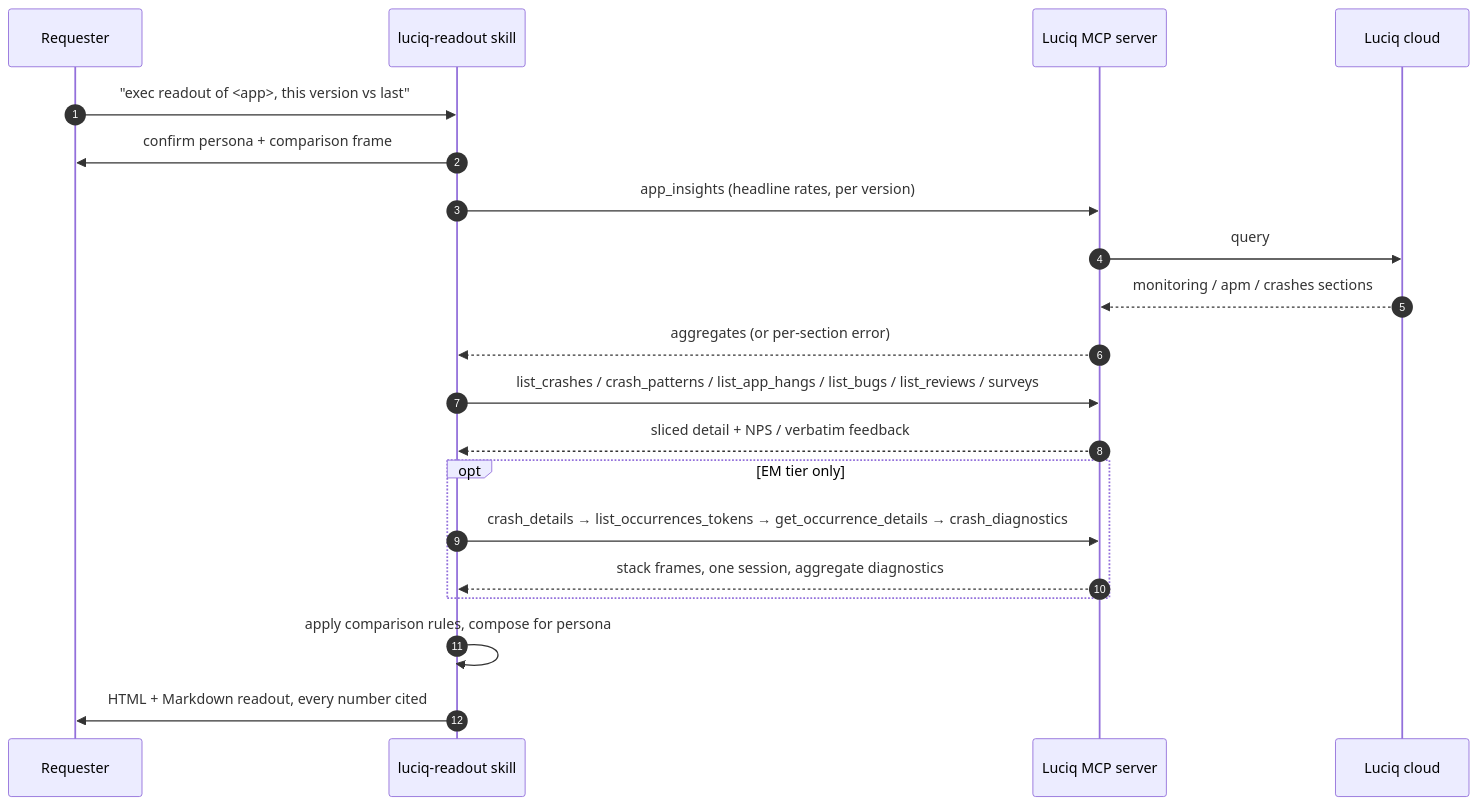
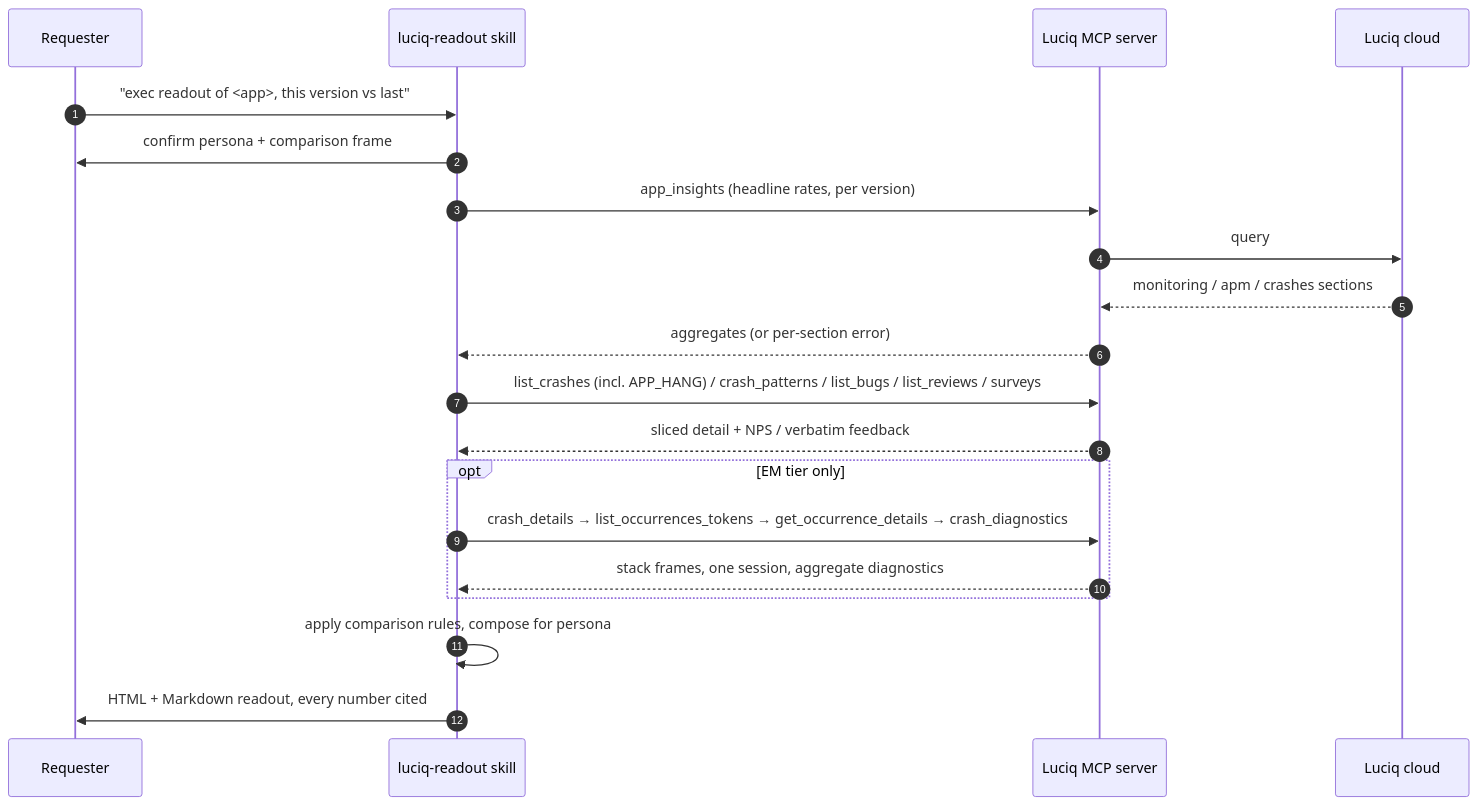
The first of 4 diagrams in plugins/luciq-skills/skills/luciq-readout/README.md (luciqai/agent-skills), drawn with Mermaid before and after one commit. The commit also changed other lines of this file and 8 other files, not shown here.

First line of the commit message:
fix(luciq-skills): list app hangs through list_crashes' APP_HANG type

````diff
--- a/plugins/luciq-skills/skills/luciq-readout/README.md
+++ b/plugins/luciq-skills/skills/luciq-readout/README.md
@@ -29,23 +29,23 @@
 ```mermaid
 sequenceDiagram
     autonumber
     participant User as Requester
     participant Skill as luciq-readout skill
     participant MCP as Luciq MCP server
     participant Cloud as Luciq cloud
 
     User->>Skill: "exec readout of <app>, this version vs last"
     Skill->>User: confirm persona + comparison frame
     Skill->>MCP: app_insights (headline rates, per version)
     MCP->>Cloud: query
     Cloud-->>MCP: monitoring / apm / crashes sections
     MCP-->>Skill: aggregates (or per-section error)
-    Skill->>MCP: list_crashes / crash_patterns / list_app_hangs / list_bugs / list_reviews / surveys
+    Skill->>MCP: list_crashes (incl. APP_HANG) / crash_patterns / list_bugs / list_reviews / surveys
     MCP-->>Skill: sliced detail + NPS / verbatim feedback
     opt EM tier only
         Skill->>MCP: crash_details → list_occurrences_tokens → get_occurrence_details → crash_diagnostics
         MCP-->>Skill: stack frames, one session, aggregate diagnostics
     end
     Skill->>Skill: apply comparison rules, compose for persona
     Skill->>User: HTML + Markdown readout, every number cited
 ```
````
